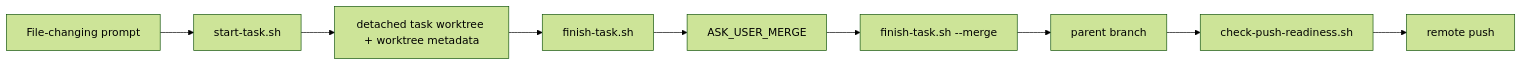
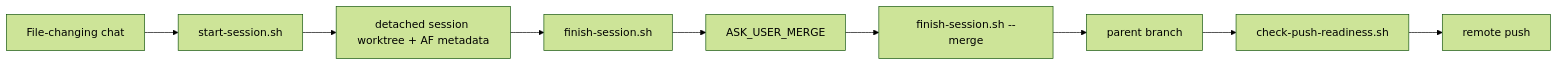
The fifth of 6 diagrams in docs/ARCHITECTURE.md (miketaheny/codex-setup), drawn with Mermaid (forest theme) before and after one commit. The commit also changed other lines of this file and 38 other files, not shown here.

Commit message:
feat: add worktree session manager

````diff
--- a/docs/ARCHITECTURE.md
+++ b/docs/ARCHITECTURE.md
@@ -112,11 +112,11 @@
 ```mermaid
 flowchart LR
-    Prompt["File-changing prompt"] --> Start["start-task.sh"]
-    Start --> Worktree["detached task worktree + worktree metadata"]
-    Worktree --> Finish["finish-task.sh"]
+    Prompt["File-changing chat"] --> Start["start-session.sh"]
+    Start --> Worktree["detached session worktree + AF metadata"]
+    Worktree --> Finish["finish-session.sh"]
     Finish --> Ask["ASK_USER_MERGE"]
-    Ask --> Merge["finish-task.sh --merge"]
+    Ask --> Merge["finish-session.sh --merge"]
     Merge --> Parent["parent branch"]
     Parent --> PushCheck["check-push-readiness.sh"]
     PushCheck --> Remote["remote push"]
 ```
````
